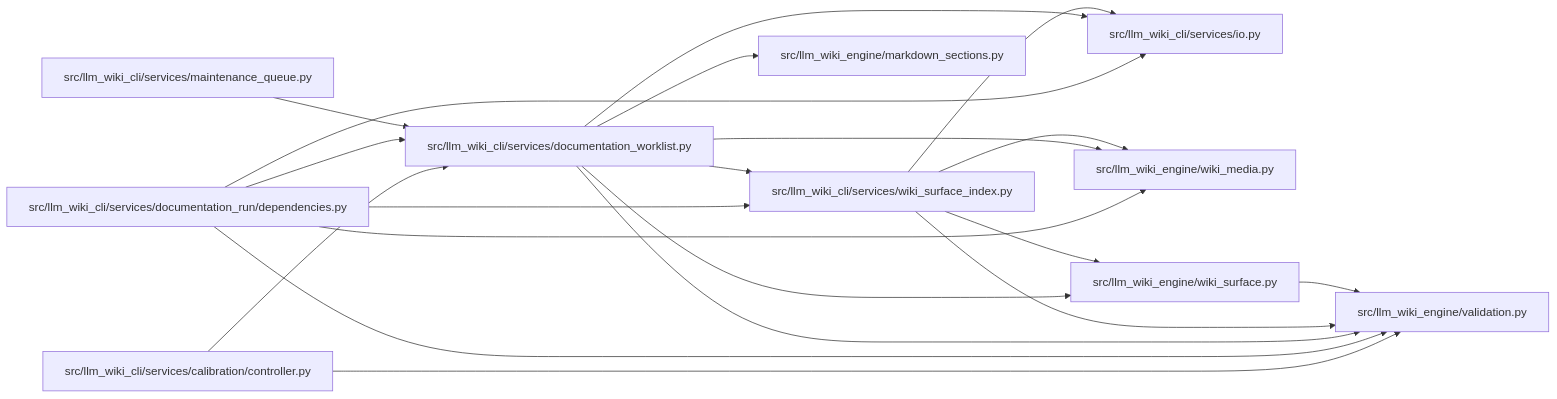
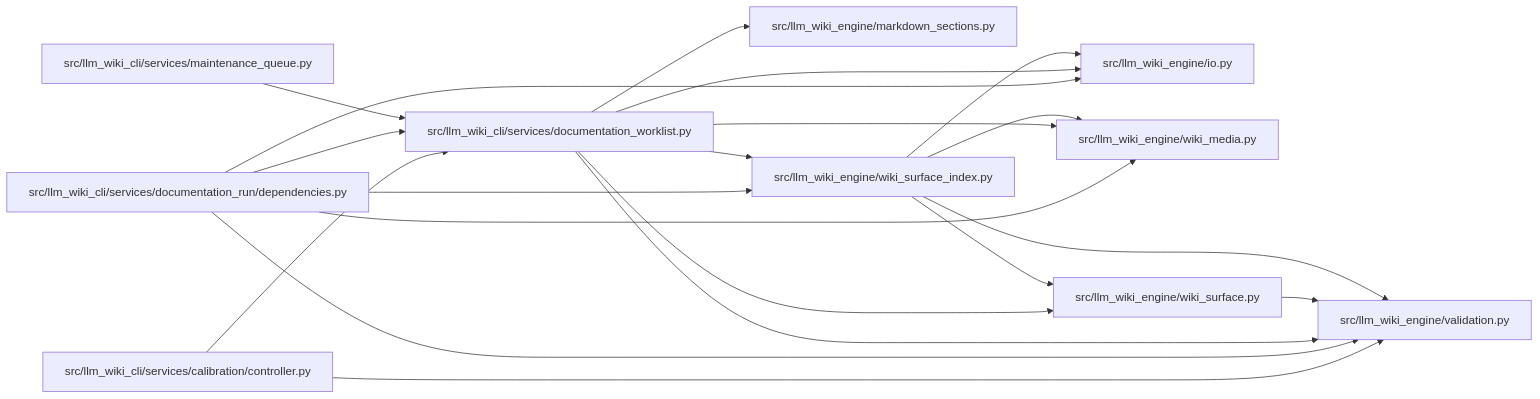
Before and after one commit to Denissvgn/python-wiki-llm: the diagram in docs/llm_wiki/modules/documentation_worklist.md, drawn with Mermaid. The commit also changed other lines of this file and 739 other files, not shown here.

First line of the commit message:
docs: refresh the wiki for the second engine batch

````diff
--- a/docs/llm_wiki/modules/documentation_worklist.md
+++ b/docs/llm_wiki/modules/documentation_worklist.md
@@ -40,42 +40,42 @@
 ```mermaid
 flowchart LR
     n0["src/llm_wiki_cli/services/calibration/controller.py"]
     n1["src/llm_wiki_cli/services/documentation_run/dependencies.py"]
     n2["src/llm_wiki_cli/services/documentation_worklist.py"]
-    n3["src/llm_wiki_cli/services/io.py"]
-    n4["src/llm_wiki_cli/services/maintenance_queue.py"]
-    n5["src/llm_wiki_cli/services/wiki_surface_index.py"]
-    n6["src/llm_wiki_engine/markdown_sections.py"]
-    n7["src/llm_wiki_engine/validation.py"]
-    n8["src/llm_wiki_engine/wiki_media.py"]
-    n9["src/llm_wiki_engine/wiki_surface.py"]
+    n3["src/llm_wiki_cli/services/maintenance_queue.py"]
+    n4["src/llm_wiki_engine/io.py"]
+    n5["src/llm_wiki_engine/markdown_sections.py"]
+    n6["src/llm_wiki_engine/validation.py"]
+    n7["src/llm_wiki_engine/wiki_media.py"]
+    n8["src/llm_wiki_engine/wiki_surface.py"]
+    n9["src/llm_wiki_engine/wiki_surface_index.py"]
     n0 --> n2
-    n0 --> n7
+    n0 --> n6
     n1 --> n2
-    n1 --> n3
-    n1 --> n5
+    n1 --> n4
+    n1 --> n6
     n1 --> n7
-    n1 --> n8
-    n2 --> n3
+    n1 --> n9
+    n2 --> n4
     n2 --> n5
     n2 --> n6
     n2 --> n7
     n2 --> n8
     n2 --> n9
-    n4 --> n2
-    n5 --> n3
-    n5 --> n7
-    n5 --> n8
-    n5 --> n9
+    n3 --> n2
+    n8 --> n6
+    n9 --> n4
+    n9 --> n6
     n9 --> n7
+    n9 --> n8
     click n0 "../modules/controller.md"
     click n1 "../modules/documentation_run_dependencies.md"
     click n2 "../modules/documentation_worklist.md"
-    click n3 "../modules/io.md"
-    click n4 "../modules/maintenance_queue.md"
-    click n5 "../modules/wiki_surface_index.md"
-    click n6 "../modules/markdown_sections.md"
-    click n7 "../modules/validation.md"
-    click n8 "../modules/wiki_media.md"
-    click n9 "../modules/wiki_surface.md"
+    click n3 "../modules/maintenance_queue.md"
+    click n4 "../modules/io.md"
+    click n5 "../modules/markdown_sections.md"
+    click n6 "../modules/validation.md"
+    click n7 "../modules/wiki_media.md"
+    click n8 "../modules/wiki_surface.md"
+    click n9 "../modules/wiki_surface_index.md"
 ```
````
